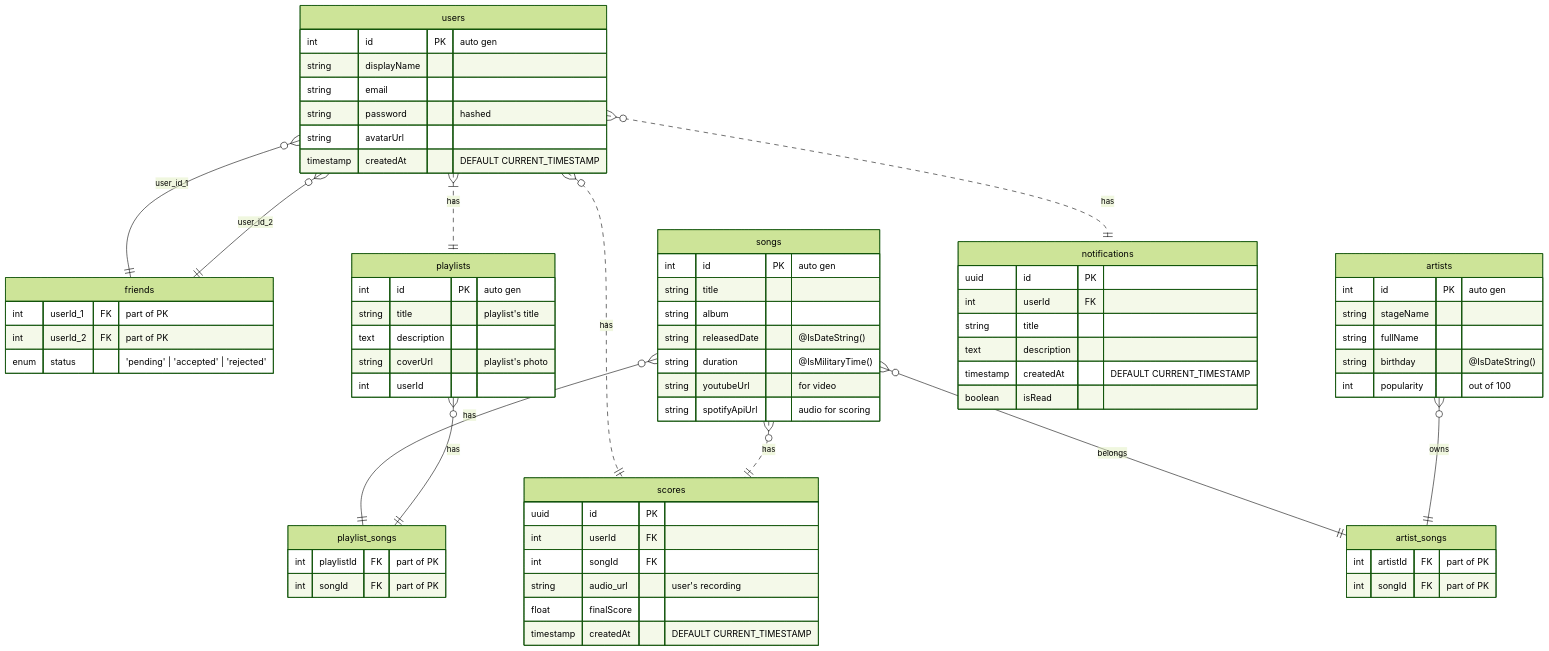
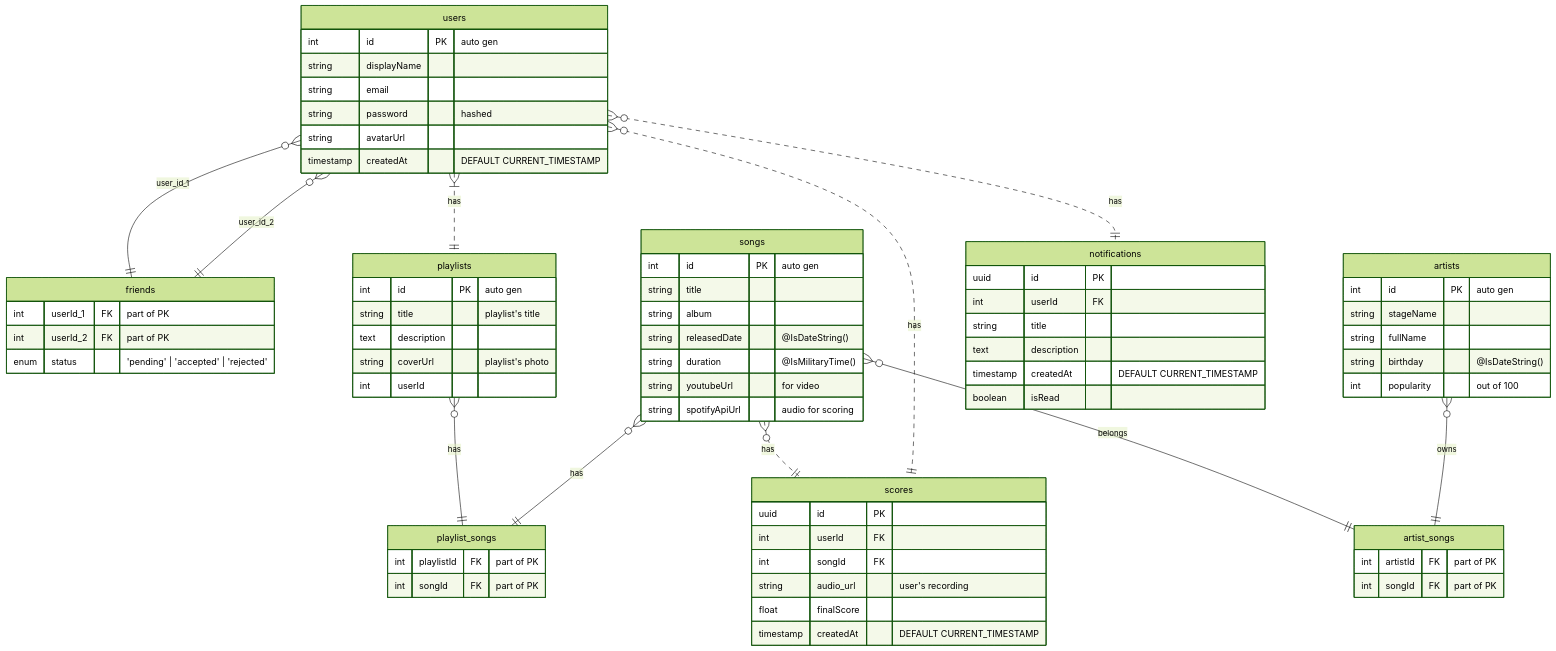
One commit to manoke-uit/.github changed the first of 2 diagrams in README.md. Above: the diagram before and after it, drawn with Mermaid (forest theme).

Commit message:
chore: reorder for better visibility

````diff
--- a/README.md
+++ b/README.md
@@ -2,75 +2,75 @@
 ``` mermaid
 erDiagram
     users {
         int id PK "auto gen"
         string displayName
         string email
         string password "hashed"
         string avatarUrl
         timestamp createdAt "DEFAULT CURRENT_TIMESTAMP"
     }
     friends {
         int userId_1 FK "part of PK"
         int userId_2 FK "part of PK"
         enum status "'pending' | 'accepted' | 'rejected'"
     }
     songs {
         int id PK "auto gen"
         string title
         string album
         string releasedDate "@IsDateString()"
         string duration "@IsMilitaryTime()" 
         string youtubeUrl "for video"
         string spotifyApiUrl "audio for scoring"
     }
     playlists {
         int id PK "auto gen"
         string title "playlist's title"
         text description
         string coverUrl "playlist's photo"
         int userId
     }
     playlist_songs {
         int playlistId FK "part of PK"
         int songId FK "part of PK"
     }
     artists {
         int id PK "auto gen"
         string stageName
         string fullName
         string birthday "@IsDateString()"
         int popularity "out of 100"
     }
     artist_songs {
         int artistId FK "part of PK"
         int songId FK "part of PK"
     }
     scores {
         uuid id PK
         int userId FK
         int songId FK
         string audio_url "user's recording"
         float finalScore
         timestamp createdAt "DEFAULT CURRENT_TIMESTAMP"
     }
     notifications {
         uuid id PK
         int userId FK
         string title
         text description
         timestamp createdAt "DEFAULT CURRENT_TIMESTAMP"
         boolean isRead
     }
-
+    
+    songs }o--|| artist_songs: belongs
+    users }o..|| notifications: has
     users }o--|| friends: user_id_1
     users }o--|| friends: user_id_2
     users }|..|| playlists: has
+    songs }o..|| scores: has
     users }o..|| scores: has
-    songs }o..|| scores: has
+    playlists }o--|| playlist_songs: has
     songs }o--|| playlist_songs: has
-    songs }o--|| artist_songs: belongs
-    playlists }o--|| playlist_songs: has
     artists }o--|| artist_songs: owns
-    users }o..|| notifications: has
-
+    
 ```
````
